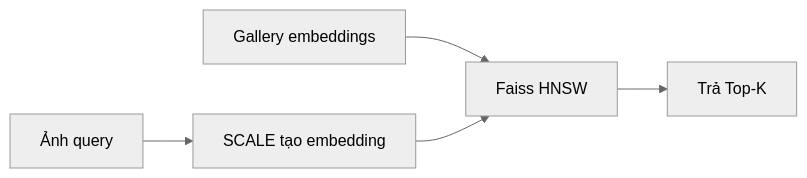
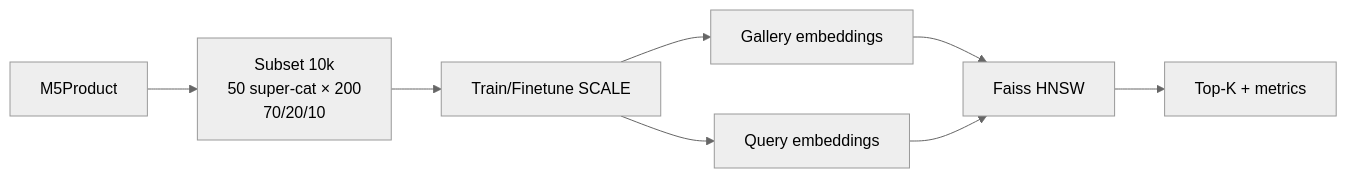
The second of 3 diagrams in docs/proposal/proposal.md (Computer-Vision-HCMUS/Product-Ecommerce-Image-Retrieval), drawn with Mermaid (neutral theme) before and after one commit. The commit also changed other lines of this file and 88 other files, not shown here.

````diff
--- a/docs/proposal/proposal.md
+++ b/docs/proposal/proposal.md
@@ -1018,7 +199,10 @@
 ```mermaid
 flowchart LR
-    Q["Ảnh query"] --> E["SCALE tạo embedding"]
-    G["Gallery embeddings"] --> H["Faiss HNSW"]
-    E --> H
-    H --> K["Trả Top-K"]
+    D["M5Product"] --> SUB["Subset 10k<br/>50 super-cat × 200<br/>70/20/10"]
+    SUB --> S["Train/Finetune SCALE"]
+    S --> G["Gallery embeddings"]
+    S --> Q["Query embeddings"]
+    G --> H["Faiss HNSW"]
+    Q --> H
+    H --> M["Top-K + metrics"]
 ```
````
